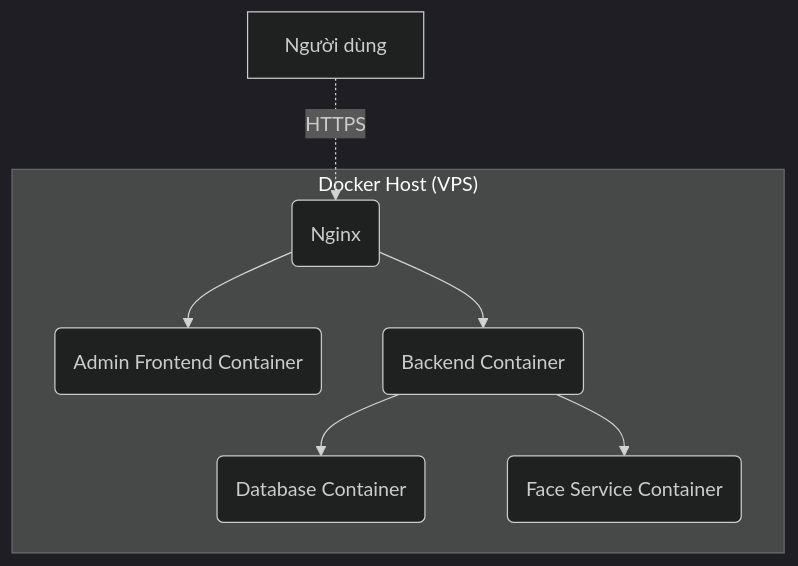
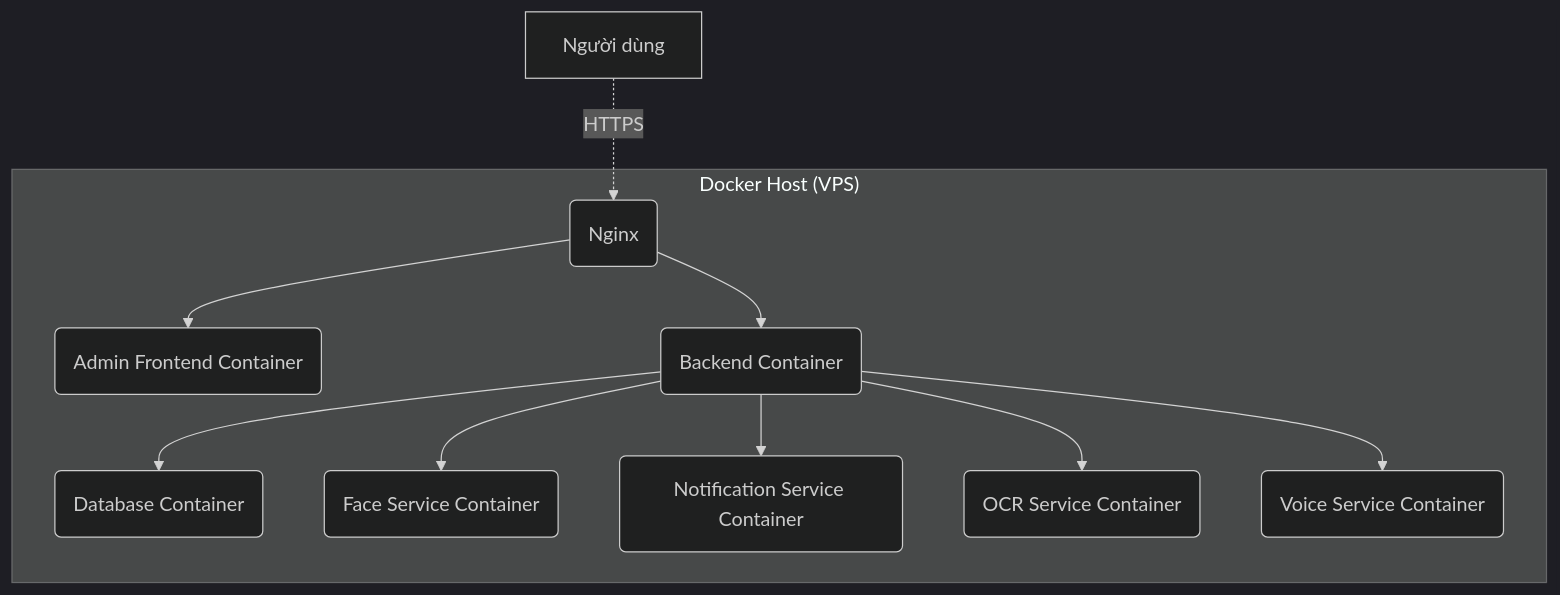
The fifth of 5 diagrams in docs/engineering/architecture.md (hkthao/family-tree-3), drawn with Mermaid (dark theme) before and after one commit. The commit also changed other lines of this file and 10 other files, not shown here.

````diff
--- a/docs/engineering/architecture.md
+++ b/docs/engineering/architecture.md
@@ -128,11 +167,14 @@
 ```mermaid
 graph TD
     subgraph "Docker Host (VPS)"
         A(Nginx) --> B(Admin Frontend Container)
         A --> C(Backend Container)
         C --> D(Database Container)
         C --> F(Face Service Container)
+        C --> G(Notification Service Container)
+        C --> H(OCR Service Container)
+        C --> I(Voice Service Container)
     end
 
     E[Người dùng] -.->|HTTPS| A
 ```
````
